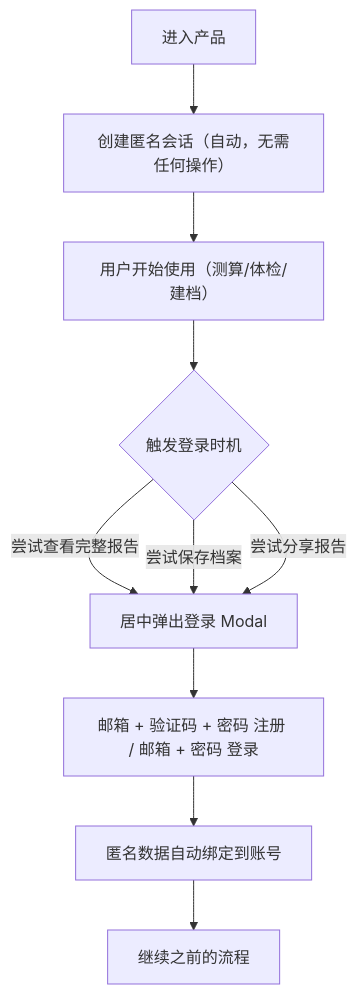
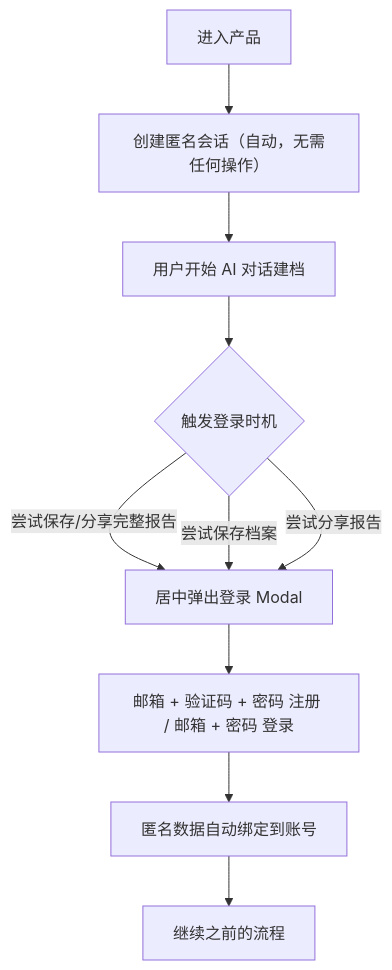
Before and after one commit to debugzhao/jin-guide: the sixth of 6 diagrams in docs/frontend-prd-v2.md, drawn with Mermaid. The commit also changed other lines of this file and 2 other files, not shown here.

````diff
--- a/docs/frontend-prd-v2.md
+++ b/docs/frontend-prd-v2.md
@@ -297,12 +319,12 @@
 ```mermaid
 flowchart TD
   A["进入产品"] --> B["创建匿名会话（自动，无需任何操作）"]
-  B --> C["用户开始使用（测算/体检/建档）"]
+  B --> C["用户开始 AI 对话建档"]
   C --> D{"触发登录时机"}
-  D -- "尝试查看完整报告" --> E["居中弹出登录 Modal"]
+  D -- "尝试保存/分享完整报告" --> E["居中弹出登录 Modal"]
   D -- "尝试保存档案" --> E
   D -- "尝试分享报告" --> E
   E --> F["邮箱 + 验证码 + 密码 注册 / 邮箱 + 密码 登录"]
   F --> G["匿名数据自动绑定到账号"]
   G --> H["继续之前的流程"]
 ```
````
